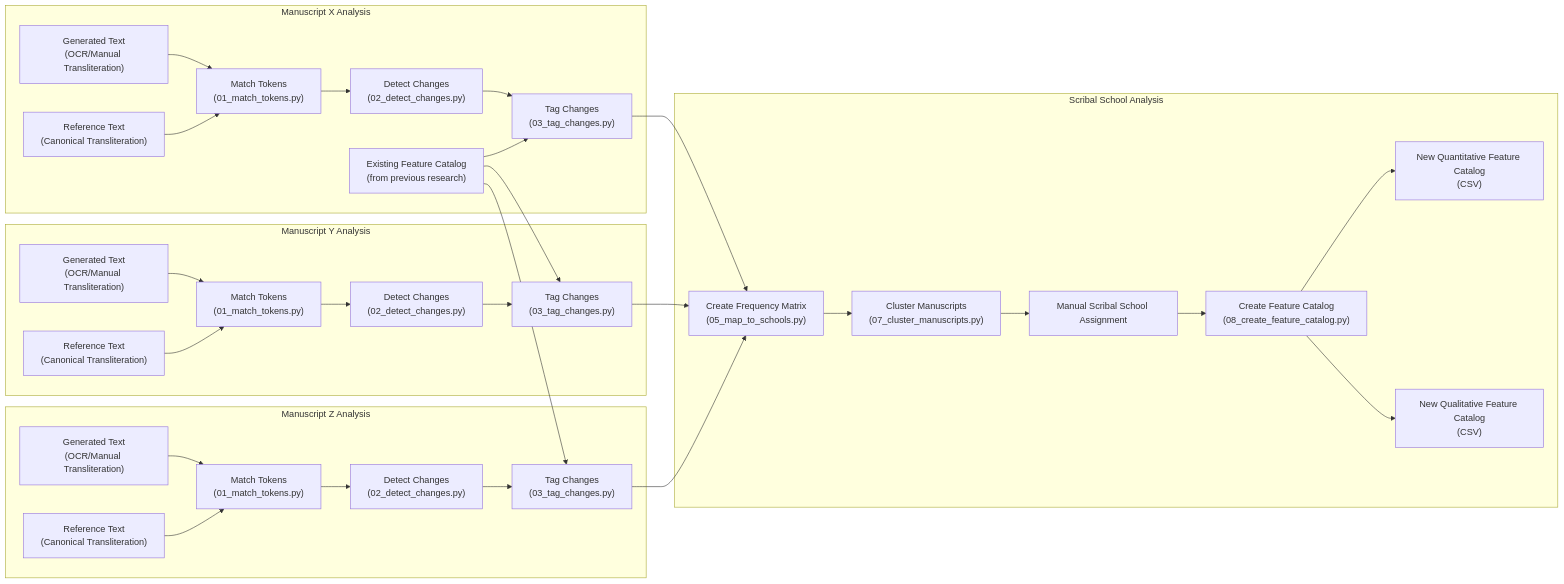
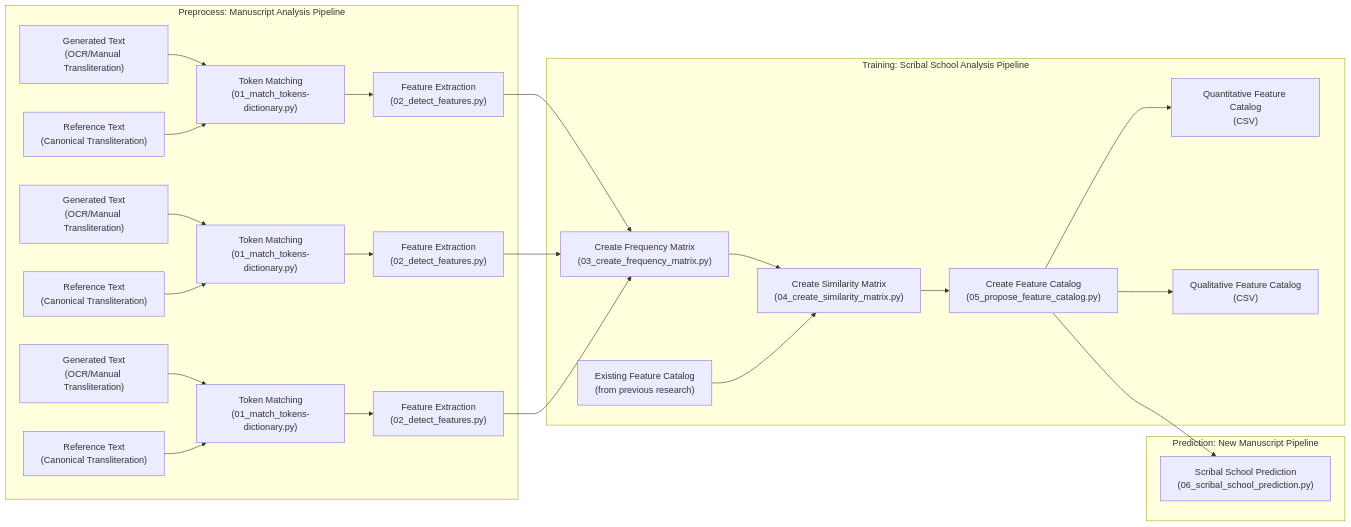
Before and after one commit to niktayek/Avestan-Text-Processing-Suite: the diagram in src/scribal_school_analysis/Overview.md, drawn with Mermaid.

Commit message:
graph updated

````diff
--- a/src/scribal_school_analysis/Overview.md
+++ b/src/scribal_school_analysis/Overview.md
@@ -3,65 +3,53 @@
 ```mermaid
 graph LR
     existing_feature_catalog["Existing Feature Catalog<br/>(from previous research)"]
 
-    subgraph "Manuscript X Analysis"
+    %% Preprocess (Manuscript Analysis)
+    subgraph "Preprocess: Manuscript Analysis Pipeline"
         generated_X["Generated Text<br/>(OCR/Manual Transliteration)"]
         reference_X["Reference Text<br/>(Canonical Transliteration)"]
-        
-        match_tokens_X["Match Tokens<br/>(01_match_tokens.py)"]
-        detect_changes_X["Detect Changes<br/>(02_detect_changes.py)"]
-        tag_changes_X["Tag Changes<br/>(03_tag_changes.py)"]
-
-
+        match_tokens_X["Token Matching<br/>(01_match_tokens-dictionary.py)"]
+        detect_features_X["Feature Extraction<br/>(02_detect_features.py)"]
         generated_X --> match_tokens_X
         reference_X --> match_tokens_X
-        match_tokens_X --> detect_changes_X --> tag_changes_X
-        existing_feature_catalog --> tag_changes_X
+        match_tokens_X --> detect_features_X
+
+        generated_Y["Generated Text<br/>(OCR/Manual Transliteration)"]
+        reference_Y["Reference Text<br/>(Canonical Transliteration)"]
+        match_tokens_Y["Token Matching<br/>(01_match_tokens-dictionary.py)"]
+        detect_features_Y["Feature Extraction<br/>(02_detect_features.py)"]
+        generated_Y --> match_tokens_Y
+        reference_Y --> match_tokens_Y
+        match_tokens_Y --> detect_features_Y
+
+        generated_Z["Generated Text<br/>(OCR/Manual Transliteration)"]
+        reference_Z["Reference Text<br/>(Canonical Transliteration)"]
+        match_tokens_Z["Token Matching<br/>(01_match_tokens-dictionary.py)"]
+        detect_features_Z["Feature Extraction<br/>(02_detect_features.py)"]
+        generated_Z --> match_tokens_Z
+        reference_Z --> match_tokens_Z
+        match_tokens_Z --> detect_features_Z
     end
 
-    subgraph "Manuscript Y Analysis"
-        generated_Y["Generated Text<br/>(OCR/Manual Transliteration)"]
-        reference_Y["Reference Text<br/>(Canonical Transliteration)"]
-        
-        match_tokens_Y["Match Tokens<br/>(01_match_tokens.py)"]
-        detect_changes_Y["Detect Changes<br/>(02_detect_changes.py)"]
-        tag_changes_Y["Tag Changes<br/>(03_tag_changes.py)"]
-
-
-        generated_Y --> match_tokens_Y
-        reference_Y --> match_tokens_Y
-        match_tokens_Y --> detect_changes_Y --> tag_changes_Y
-        existing_feature_catalog --> tag_changes_Y
+    %% Training (Scribal School Analysis)
+    subgraph "Training: Scribal School Analysis Pipeline"
+        frequency_matrix["Create Frequency Matrix<br/>(03_create_frequency_matrix.py)"]
+        similarity_matrix["Create Similarity Matrix<br/>(04_create_similarity_matrix.py)"]
+        feature_catalog["Create Feature Catalog<br/>(05_propose_feature_catalog.py)"]
+        new_quantitative_feature_catalog["Quantitative Feature Catalog<br/>(CSV)"]
+        new_qualitative_feature_catalog["Qualitative Feature Catalog<br/>(CSV)"]
+        detect_features_X --> frequency_matrix
+        detect_features_Y --> frequency_matrix
+        detect_features_Z --> frequency_matrix
+        frequency_matrix --> similarity_matrix --> feature_catalog
+        feature_catalog --> new_quantitative_feature_catalog
+        feature_catalog --> new_qualitative_feature_catalog
+        existing_feature_catalog --> similarity_matrix
     end
 
-    subgraph "Manuscript Z Analysis"
-        generated_Z["Generated Text<br/>(OCR/Manual Transliteration)"]
-        reference_Z["Reference Text<br/>(Canonical Transliteration)"]
-        
-        match_tokens_Z["Match Tokens<br/>(01_match_tokens.py)"]
-        detect_changes_Z["Detect Changes<br/>(02_detect_changes.py)"]
-        tag_changes_Z["Tag Changes<br/>(03_tag_changes.py)"]
-
-        generated_Z --> match_tokens_Z
-        reference_Z --> match_tokens_Z
-        match_tokens_Z --> detect_changes_Z --> tag_changes_Z
-        existing_feature_catalog --> tag_changes_Z
-    end
-
-    subgraph "Scribal School Analysis"
-        frequency_matrix["Create Frequency Matrix<br/>(05_map_to_schools.py)"]
-        cluster_manuscripts["Cluster Manuscripts<br/>(07_cluster_manuscripts.py)"]
-        assign_scribal_schools["Manual Scribal School Assignment"]
-        create_feature_catalog["Create Feature Catalog<br/>(08_create_feature_catalog.py)"]
-        new_quantitative_feature_catalog["New Quantitative Feature Catalog<br/>(CSV)"]
-        new_qualitative_feature_catalog["New Qualitative Feature Catalog<br/>(CSV)"]
-
-        tag_changes_X --> frequency_matrix
-        tag_changes_Y --> frequency_matrix
-        tag_changes_Z --> frequency_matrix
-
-        frequency_matrix --> cluster_manuscripts --> assign_scribal_schools --> create_feature_catalog
-        create_feature_catalog --> new_quantitative_feature_catalog
-        create_feature_catalog --> new_qualitative_feature_catalog
+    %% Prediction (New Manuscript)
+    subgraph "Prediction: New Manuscript Pipeline"
+        scribal_school_prediction["Scribal School Prediction<br/>(06_scribal_school_prediction.py)"]
+        feature_catalog --> scribal_school_prediction
     end
 ```
````
